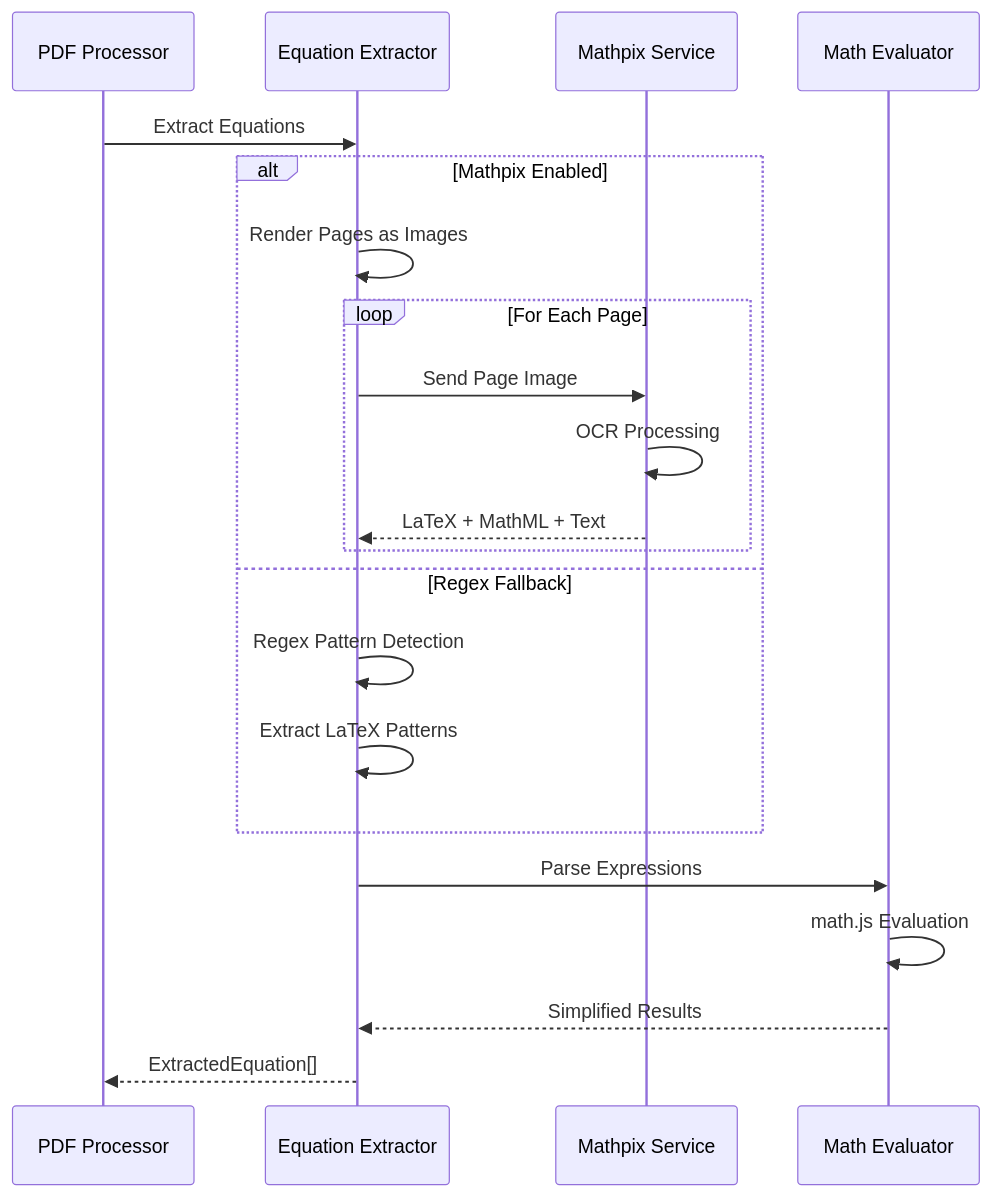
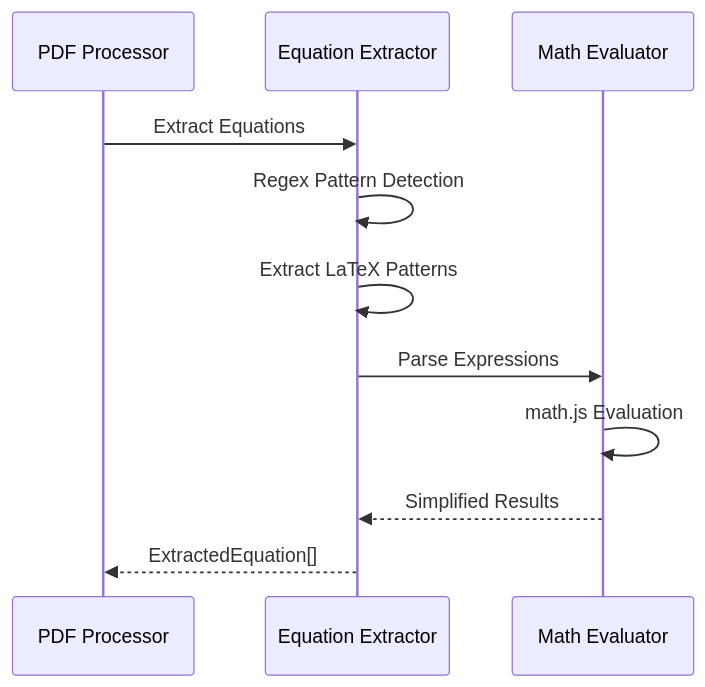
One commit to Kedhareswer/QuantumPDF_ChatApp_VectorDB changed the eighth of 14 diagrams in docs/ARCHITECTURE_FLOWS.md. Above: the diagram before and after it, drawn with Mermaid. The commit also changed other lines of this file and 26 other files, not shown here.

````diff
--- a/docs/ARCHITECTURE_FLOWS.md
+++ b/docs/ARCHITECTURE_FLOWS.md
@@ -423,27 +430,14 @@
 ```mermaid
 sequenceDiagram
     participant PDF as PDF Processor
     participant EQ as Equation Extractor
-    participant MATHPIX as Mathpix Service
     participant EVAL as Math Evaluator
 
     PDF->>EQ: Extract Equations
-    
-    alt Mathpix Enabled
-        EQ->>EQ: Render Pages as Images
-        loop For Each Page
-            EQ->>MATHPIX: Send Page Image
-            MATHPIX->>MATHPIX: OCR Processing
-            MATHPIX-->>EQ: LaTeX + MathML + Text
-        end
-    else Regex Fallback
-        EQ->>EQ: Regex Pattern Detection
-        EQ->>EQ: Extract LaTeX Patterns
-    end
-    
+    EQ->>EQ: Regex Pattern Detection
+    EQ->>EQ: Extract LaTeX Patterns
     EQ->>EVAL: Parse Expressions
     EVAL->>EVAL: math.js Evaluation
     EVAL-->>EQ: Simplified Results
-    
     EQ-->>PDF: ExtractedEquation[]
 ```
````
